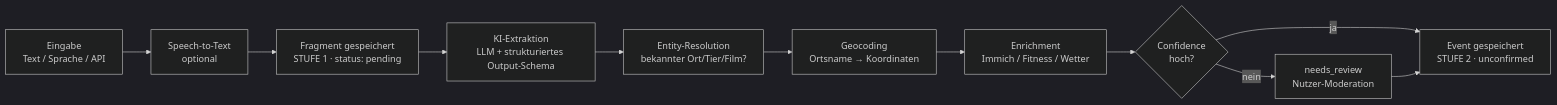
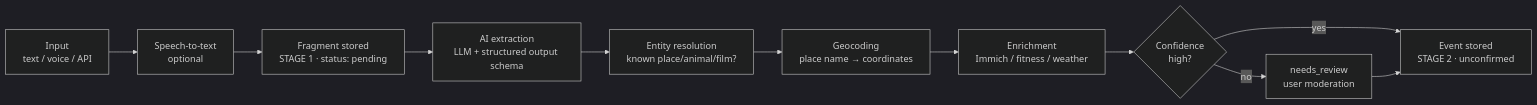
One commit to Noxon007/life-dash changed the second of 3 diagrams in docs/KONZEPT.md. Above: the diagram before and after it, drawn with Mermaid (dark theme). The commit also changed other lines of this file and 6 other files, not shown here.

````diff
--- a/docs/KONZEPT.md
+++ b/docs/KONZEPT.md
@@ -340,13 +323,13 @@
 ```mermaid
 flowchart LR
-    A[Eingabe<br/>Text / Sprache / API] --> B[Speech-to-Text<br/>optional]
-    B --> C[Fragment gespeichert<br/>STUFE 1 · status: pending]
-    C --> D[KI-Extraktion<br/>LLM + strukturiertes Output-Schema]
-    D --> E[Entity-Resolution<br/>bekannter Ort/Tier/Film?]
-    E --> F[Geocoding<br/>Ortsname → Koordinaten]
-    F --> G[Enrichment<br/>Immich / Fitness / Wetter]
-    G --> H{Confidence<br/>hoch?}
-    H -- ja --> I[Event gespeichert<br/>STUFE 2 · unconfirmed]
-    H -- nein --> J[needs_review<br/>Nutzer-Moderation]
+    A[Input<br/>text / voice / API] --> B[Speech-to-text<br/>optional]
+    B --> C[Fragment stored<br/>STAGE 1 · status: pending]
+    C --> D[AI extraction<br/>LLM + structured output schema]
+    D --> E[Entity resolution<br/>known place/animal/film?]
+    E --> F[Geocoding<br/>place name → coordinates]
+    F --> G[Enrichment<br/>Immich / fitness / weather]
+    G --> H{Confidence<br/>high?}
+    H -- yes --> I[Event stored<br/>STAGE 2 · unconfirmed]
+    H -- no --> J[needs_review<br/>user moderation]
     J --> I
 ```
````
